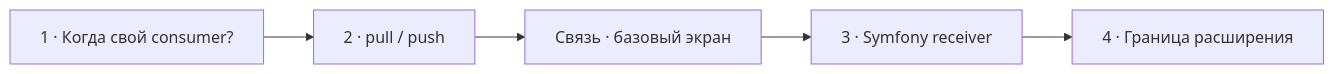
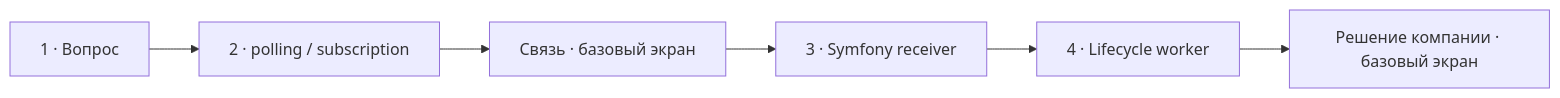
Before and after one commit to savinmikhail/php-backend-interview-video: the diagram in episodes/841862-1payment/visual-plans/11-custom-consumer-rabbitmq.md, drawn with Mermaid. The commit also changed other lines of this file and 1 other file, not shown here.

Commit message:
Revise consumer and compiler pass visual plans

````diff
--- a/episodes/841862-1payment/visual-plans/11-custom-consumer-rabbitmq.md
+++ b/episodes/841862-1payment/visual-plans/11-custom-consumer-rabbitmq.md
@@ -84,7 +92,8 @@
 ```mermaid
 flowchart LR
-  Q["1 · Когда свой consumer?"] --> P["2 · pull / push"]
+  Q["1 · Вопрос"] --> P["2 · polling / subscription"]
   P --> B["Связь · базовый экран"]
   B --> S["3 · Symfony receiver"]
-  S --> C["4 · Граница расширения"]
+  S --> R["4 · Lifecycle worker"]
+  R --> E["Решение компании · базовый экран"]
 ```
````
